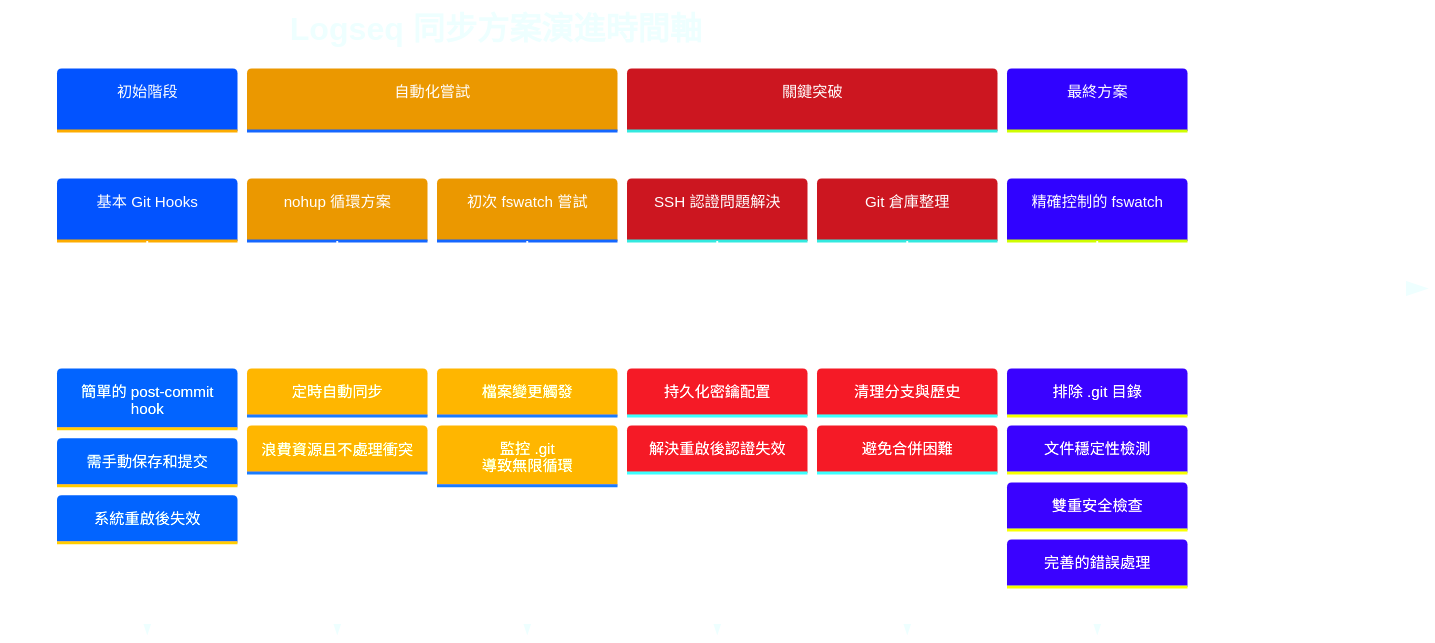
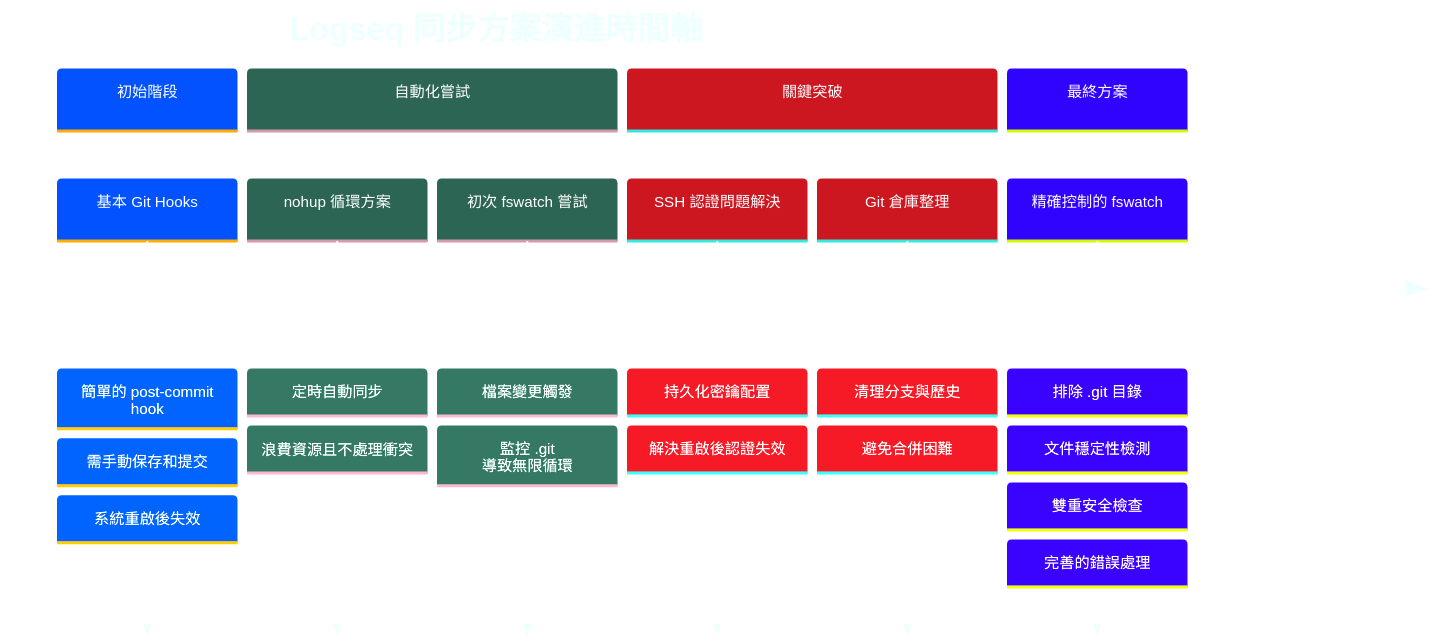
The first of 2 diagrams in Logseq同步方案演進記錄.md (GengGeng026/Sync-Logseq), drawn with Mermaid before and after one commit.

Commit message:
Auto-sync: Wed Mar 26 08:38:06 +08 2025

````diff
--- a/Logseq同步方案演進記錄.md
+++ b/Logseq同步方案演進記錄.md
@@ -27,44 +27,44 @@
 ```mermaid
 %%{init: {
   'theme': 'base', 
   'themeVariables': {
     'primaryColor': '#82AAFF',
     'primaryTextColor': '#FFFFFF',
     'primaryBorderColor': '#59B79A',
     'lineColor': '#C792EA',
-    'secondaryColor': '#FFCB6B',
+    'secondaryColor': '#59B79A',
     'tertiaryColor': '#F07178',
     'background': 'transparent',
     'textColor': '#EEFFFF',
     'nodeBorder': '#59B79A',
     'clusterBkg': 'transparent',
     'titleColor': '#EEFFFF',
     'sectionBkgColor': '#273747',
     'sectionBkgColor2': '#334455',
     'sectionBkgColor3': '#3A4A5A',
     'sectionBkgColor4': '#42546A',
     'sectionBkgColor5': '#4B5E78'
   }
 }}%%
 timeline
     title Logseq 同步方案演進時間軸
     section 初始階段
         基本 Git Hooks : 簡單的 post-commit hook
         : 需手動保存和提交
         : 系統重啟後失效
     section 自動化嘗試
         nohup 循環方案 : 定時自動同步
         : 浪費資源且不處理衝突
         初次 fswatch 嘗試 : 檔案變更觸發
         : 監控 .git 導致無限循環
     section 關鍵突破
         SSH 認證問題解決 : 持久化密鑰配置
         : 解決重啟後認證失效
         Git 倉庫整理 : 清理分支與歷史
         : 避免合併困難
     section 最終方案
         精確控制的 fswatch : 排除 .git 目錄
         : 文件穩定性檢測
         : 雙重安全檢查
         : 完善的錯誤處理
 ```
````
